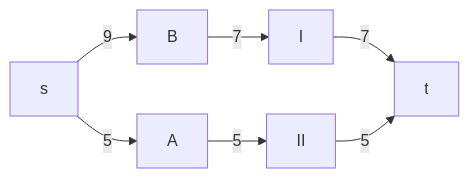
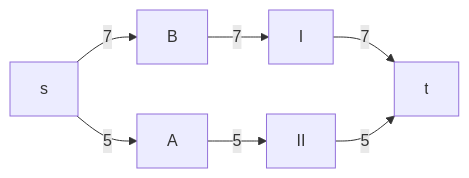
Before and after one commit to hse-algo-24-raven/manual-tasks-raven: the second of 8 diagrams in task-11-plus/tbd.md, drawn with Mermaid. The commit also changed other lines of this file, not shown here.

````diff
--- a/task-11-plus/tbd.md
+++ b/task-11-plus/tbd.md
@@ -33,9 +33,9 @@
 ```mermaid
 graph LR
     s-->|5|A
-    s-->|9|B
+    s-->|7|B
     A-->|5|II
     B-->|7|I
     I-->|7|t
     II-->|5|t
 ```
````
